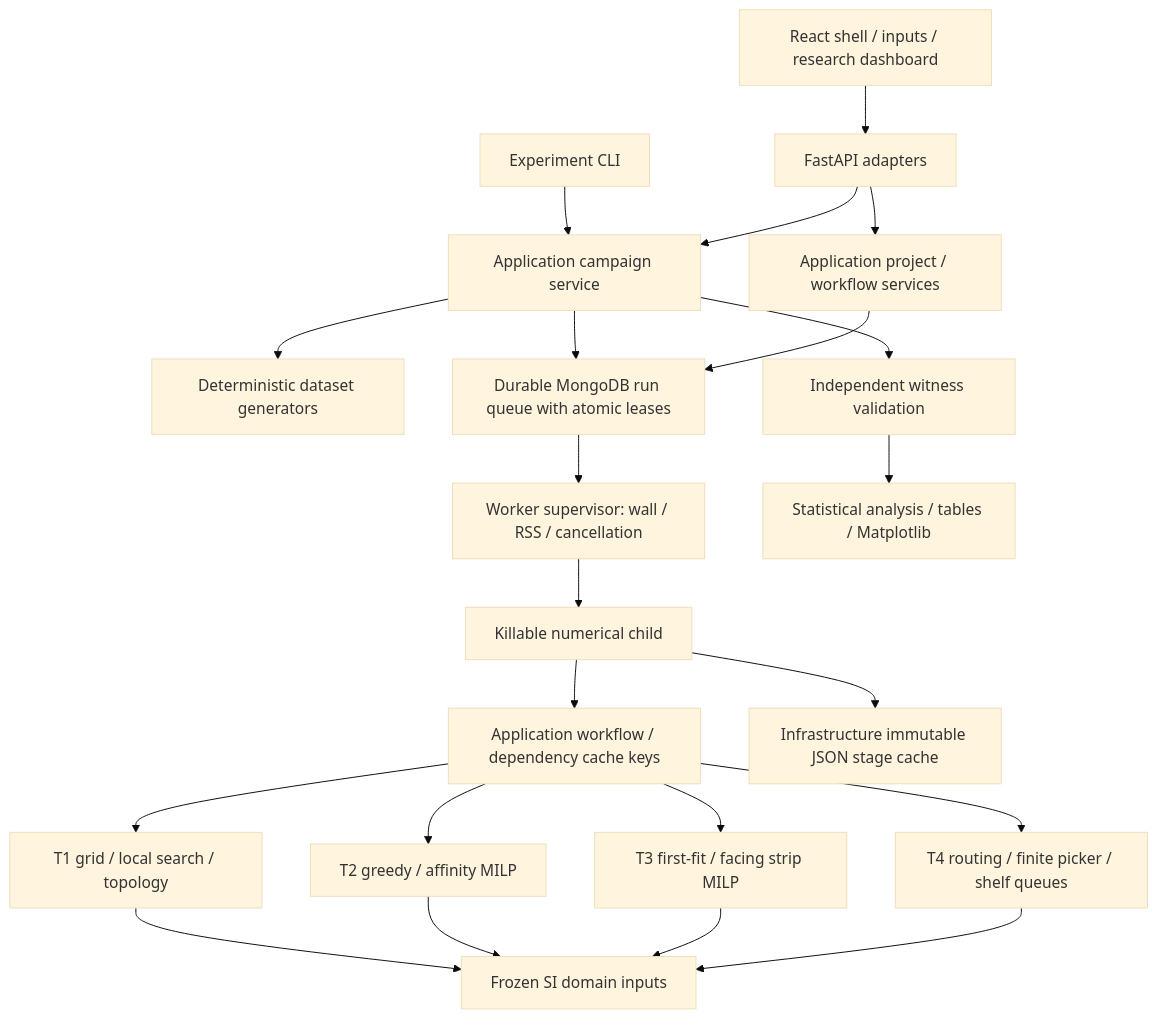
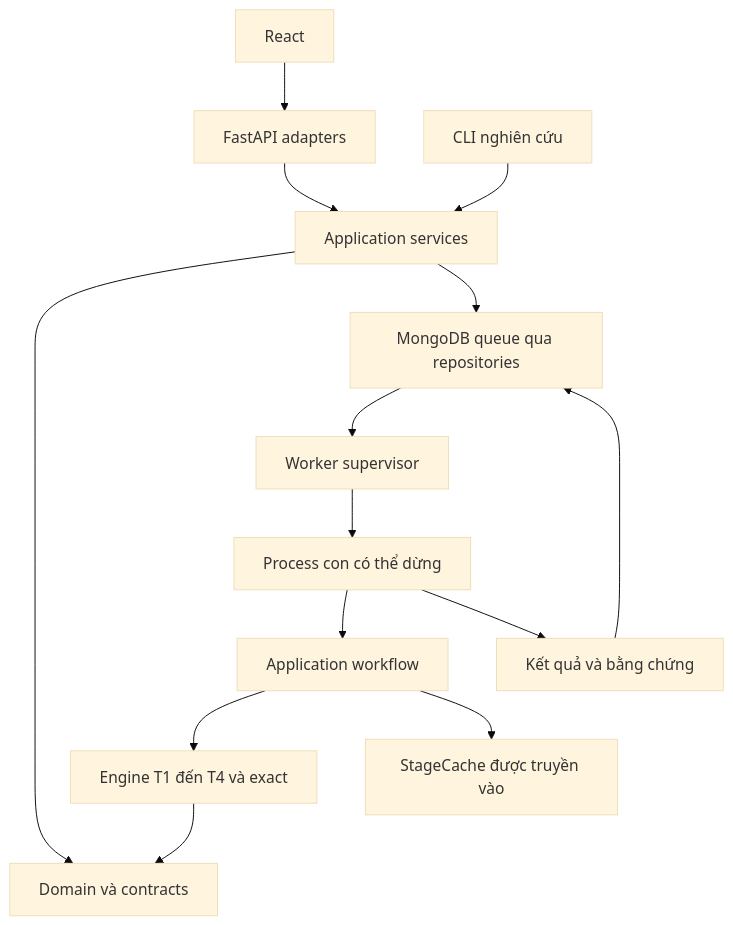
The diagram in docs/architecture/DEPENDENCY_MAP.md (THANHTAI2004/Smart_Retail_Floor_Allocation), drawn with Mermaid (base theme) before and after one commit. The commit also changed other lines of this file and 105 other files, not shown here.

````diff
--- a/docs/architecture/DEPENDENCY_MAP.md
+++ b/docs/architecture/DEPENDENCY_MAP.md
@@ -48,24 +3,16 @@
 ```mermaid
 flowchart TD
-  UI[React shell / inputs / research dashboard] --> HTTP[FastAPI adapters]
-  CLI[Experiment CLI] --> CAM[Application campaign service]
-  HTTP --> APP[Application project / workflow services]
-  HTTP --> CAM
-  CAM --> GEN[Deterministic dataset generators]
-  CAM --> QUEUE[Durable MongoDB run queue with atomic leases]
-  APP --> QUEUE
-  QUEUE --> SUP[Worker supervisor: wall / RSS / cancellation]
-  SUP --> CHILD[Killable numerical child]
-  CHILD --> WORK[Application workflow / dependency cache keys]
-  WORK --> T1[T1 grid / local search / topology]
-  WORK --> T2[T2 greedy / affinity MILP]
-  WORK --> T3[T3 first-fit / facing strip MILP]
-  WORK --> T4[T4 routing / finite picker / shelf queues]
-  T1 --> DOMAIN[Frozen SI domain inputs]
-  T2 --> DOMAIN
-  T3 --> DOMAIN
-  T4 --> DOMAIN
-  CHILD --> CACHE[Infrastructure immutable JSON stage cache]
-  CAM --> AUDIT[Independent witness validation]
-  AUDIT --> REPORT[Statistical analysis / tables / Matplotlib]
+  UI[React] --> HTTP[FastAPI adapters]
+  CLI[CLI nghiên cứu] --> APP[Application services]
+  HTTP --> APP
+  APP --> DOMAIN[Domain và contracts]
+  APP --> QUEUE[MongoDB queue qua repositories]
+  QUEUE --> SUP[Worker supervisor]
+  SUP --> CHILD[Process con có thể dừng]
+  CHILD --> FLOW[Application workflow]
+  FLOW --> ENG[Engine T1 đến T4 và exact]
+  FLOW --> CACHE[StageCache được truyền vào]
+  ENG --> DOMAIN
+  CHILD --> RESULT[Kết quả và bằng chứng]
+  RESULT --> QUEUE
 ```
````
